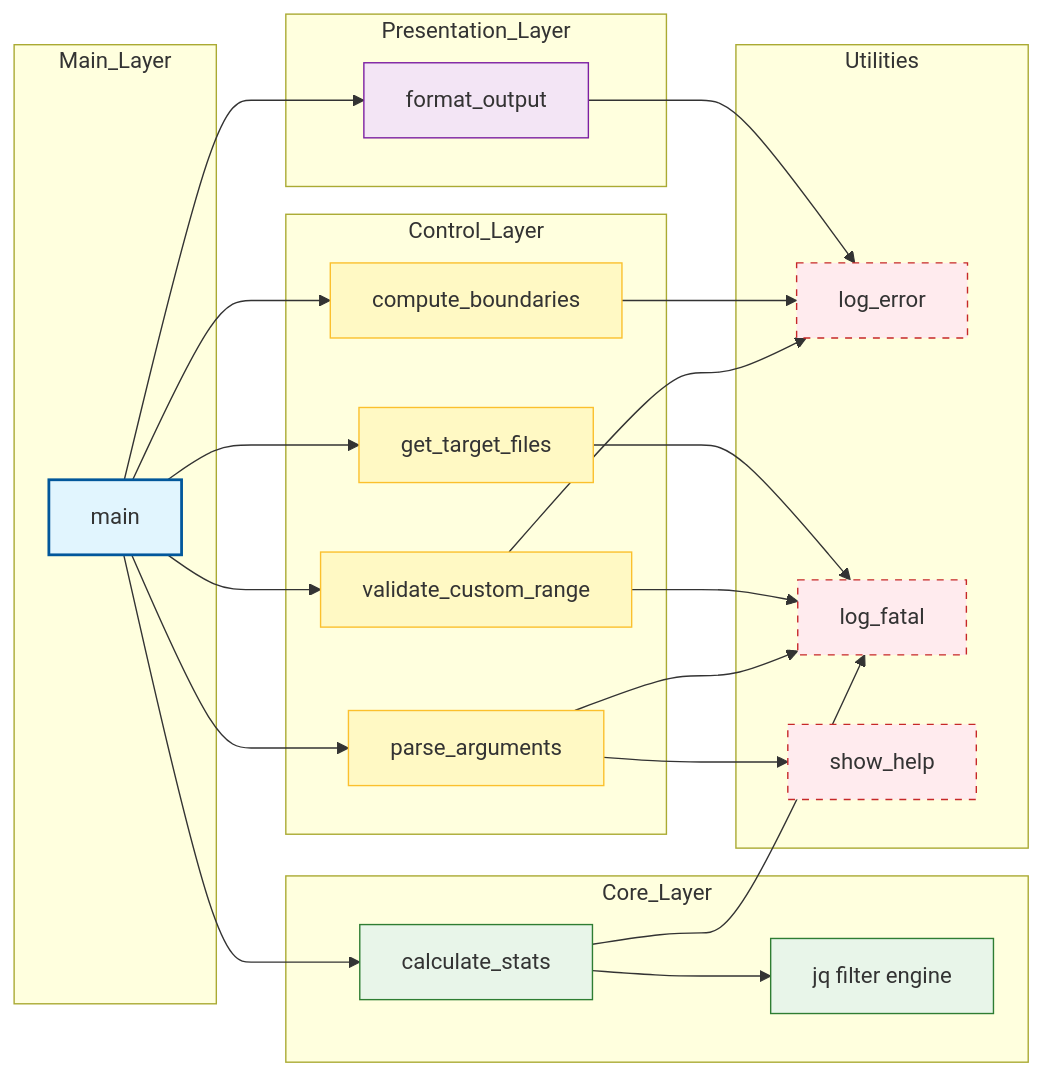
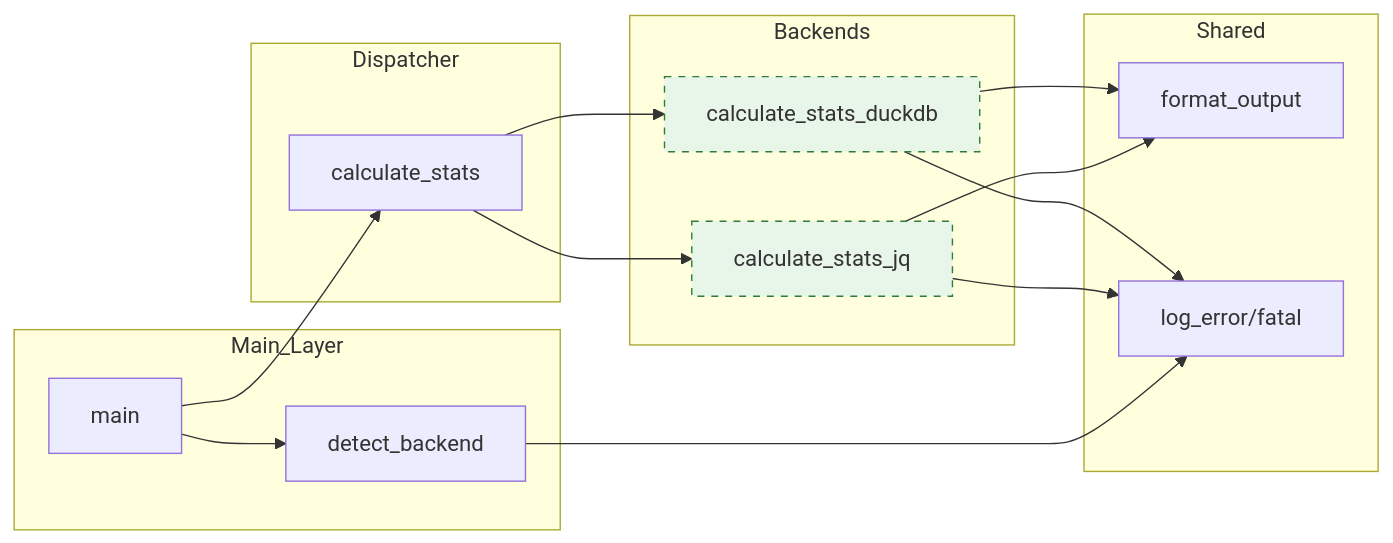
Before and after one commit to tomato-tom/flash-card: the third of 5 diagrams in docs/typing.md, drawn with Mermaid. The commit also changed other lines of this file and 1 other file, not shown here.

````diff
--- a/docs/typing.md
+++ b/docs/typing.md
@@ -84,64 +92,37 @@
 ```mermaid
 flowchart LR
     subgraph Main_Layer
         main[main]
+        detect_backend
     end
     
-    subgraph Control_Layer
-        parse_arguments
-        validate_custom_range
-        compute_boundaries
-        get_target_files
+    subgraph Dispatcher
+        calculate_stats[calculate_stats]
     end
     
-    subgraph Core_Layer
-        calculate_stats
-        jq_engine[jq filter engine]
+    subgraph Backends
+        calc_duckdb[calculate_stats_duckdb]
+        calc_jq[calculate_stats_jq]
     end
     
-    subgraph Presentation_Layer
+    subgraph Shared
         format_output
+        utils[log_error/fatal]
     end
     
-    subgraph Utilities
-        log_error
-        log_fatal
-        show_help
-    end
+    main --> detect_backend
+    main --> calculate_stats
     
-    %% Dependencies
-    main --> parse_arguments
-    main --> validate_custom_range
-    main --> compute_boundaries
-    main --> get_target_files
-    main --> calculate_stats
-    main --> format_output
+    calculate_stats --> calc_duckdb
+    calculate_stats --> calc_jq
     
-    parse_arguments --> show_help
-    parse_arguments --> log_fatal
+    calc_duckdb --> format_output
+    calc_jq --> format_output
     
-    validate_custom_range --> log_fatal
-    validate_custom_range --> log_error
+    calc_duckdb --> utils
+    calc_jq --> utils
+    detect_backend --> utils
     
-    compute_boundaries --> log_error
-    
-    get_target_files --> log_fatal
-    
-    calculate_stats --> jq_engine
-    calculate_stats --> log_fatal
-    
-    format_output --> log_error
-    
-    %% Styling
-    classDef mainLayer fill:#e1f5fe,stroke:#01579b,stroke-width:2px
-    classDef controlLayer fill:#fff9c4,stroke:#fbc02d
-    classDef coreLayer fill:#e8f5e9,stroke:#2e7d32
-    classDef presentLayer fill:#f3e5f5,stroke:#7b1fa2
-    classDef utilLayer fill:#ffebee,stroke:#c62828,stroke-dasharray:5 5
-    
-    class main mainLayer
-    class parse_arguments,validate_custom_range,compute_boundaries,get_target_files controlLayer
-    class calculate_stats,jq_engine coreLayer
-    class format_output presentLayer
-    class log_error,log_fatal,show_help utilLayer
+    classDef backend fill:#e8f5e9,stroke:#2e7d32,stroke-dasharray:5 5
+    class calc_duckdb,calc_jq backend
 ```
````
